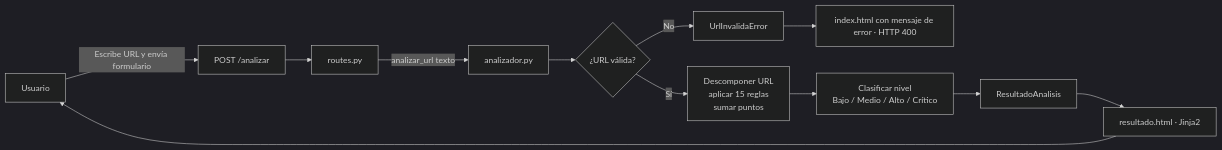
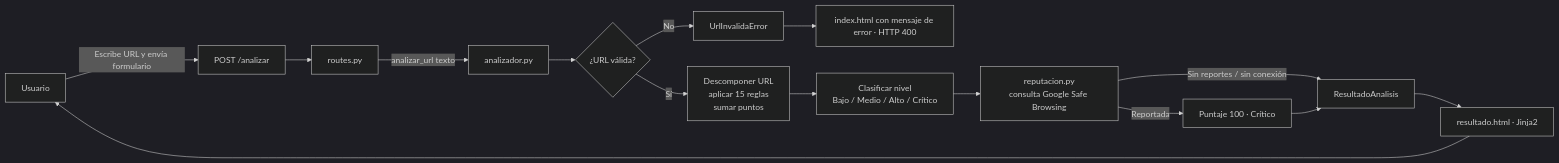
One commit to manuelpianeta6393-maker/phishguard changed the diagram in README.md. Above: the diagram before and after it, drawn with Mermaid (dark theme). The commit also changed other lines of this file and 15 other files, not shown here.

Commit message:
Integración con Google Safe Browsing, pruebas con mocks y README actualizado

````diff
--- a/README.md
+++ b/README.md
@@ -102,14 +109,17 @@
 ```mermaid
 flowchart LR
     U[Usuario] -->|Escribe URL y envía formulario| F[POST /analizar]
     F --> R[routes.py]
     R -->|analizar_url texto| A[analizador.py]
     A --> V{¿URL válida?}
     V -- No --> E[UrlInvalidaError]
     E --> R2[index.html con mensaje de error · HTTP 400]
     V -- Sí --> P[Descomponer URL<br/>aplicar 15 reglas<br/>sumar puntos]
     P --> C[Clasificar nivel<br/>Bajo / Medio / Alto / Crítico]
-    C --> O[ResultadoAnalisis]
+    C --> G[reputacion.py<br/>consulta Google Safe Browsing]
+    G -- Reportada --> X[Puntaje 100 · Crítico]
+    G -- Sin reportes / sin conexión --> O
+    X --> O[ResultadoAnalisis]
     O --> J[resultado.html · Jinja2]
     J --> U
 ```
````
